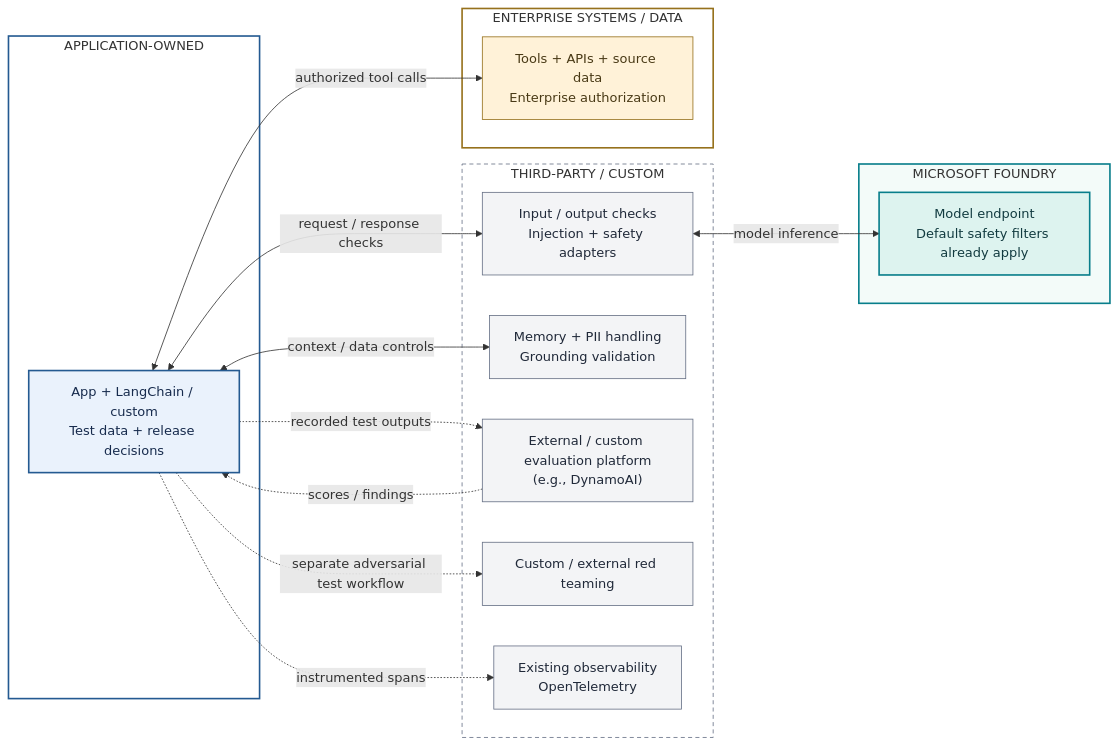
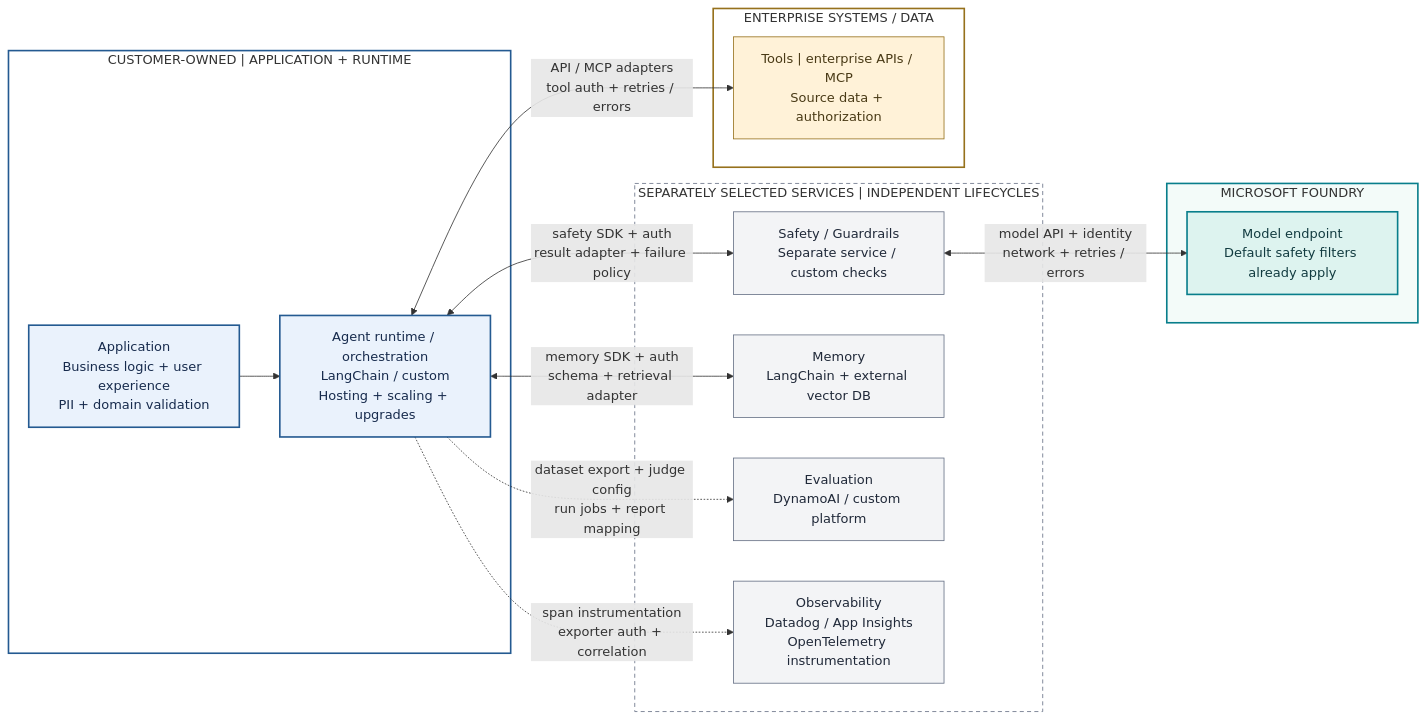
The diagram in docs/architecture/01-model-only.md (ZahraAsadiMSFT/foundry-beyond-models), drawn with Mermaid before and after one commit. The commit also changed other lines of this file and 4 other files, not shown here.

Commit message:
Strengthen architecture visuals and add overview image

````diff
--- a/docs/architecture/01-model-only.md
+++ b/docs/architecture/01-model-only.md
@@ -5,39 +5,38 @@
 ```mermaid
 flowchart LR
-    subgraph APP["APPLICATION-OWNED"]
-        App["App + LangChain / custom<br/>Test data + release decisions"]
+    subgraph APP["CUSTOMER-OWNED | APPLICATION + RUNTIME"]
+        App["Application<br/>Business logic + user experience<br/>PII + domain validation"]
+        Runtime["Agent runtime / orchestration<br/>LangChain / custom<br/>Hosting + scaling + upgrades"]
     end
-    subgraph EXT["THIRD-PARTY / CUSTOM"]
-        Checks["Input / output checks<br/>Injection + safety adapters"]
-        Data["Memory + PII handling<br/>Grounding validation"]
-        Eval["External / custom evaluation platform<br/>(e.g., DynamoAI)"]
-        Red["Custom / external red teaming"]
-        Logs["Existing observability<br/>OpenTelemetry"]
+    subgraph EXT["SEPARATELY SELECTED SERVICES | INDEPENDENT LIFECYCLES"]
+        Checks["Safety / Guardrails<br/>Separate service / custom checks"]
+        Data["Memory<br/>LangChain + external vector DB"]
+        Eval["Evaluation<br/>DynamoAI / custom platform"]
+        Logs["Observability<br/>Datadog / App Insights<br/>OpenTelemetry instrumentation"]
     end
     subgraph FOUNDRY["MICROSOFT FOUNDRY"]
         Model["Model endpoint<br/>Default safety filters already apply"]
     end
     subgraph ENT["ENTERPRISE SYSTEMS / DATA"]
-        Tools["Tools + APIs + source data<br/>Enterprise authorization"]
+        Tools["Tools | enterprise APIs / MCP<br/>Source data + authorization"]
     end
-    App <-->|"request / response checks"| Checks
-    Checks <-->|"model inference"| Model
-    App <-->|"context / data controls"| Data
-    App <-->|"authorized tool calls"| Tools
-    App -.->|"recorded test outputs"| Eval
-    Eval -.->|"scores / findings"| App
-    App -.->|"instrumented spans"| Logs
-    App -.->|"separate adversarial test workflow"| Red
+    App --> Runtime
+    Runtime <-->|"safety SDK + auth<br/>result adapter + failure policy"| Checks
+    Checks <-->|"model API + identity<br/>network + retries / errors"| Model
+    Runtime <-->|"memory SDK + auth<br/>schema + retrieval adapter"| Data
+    Runtime <-->|"API / MCP adapters<br/>tool auth + retries / errors"| Tools
+    Runtime -.->|"dataset export + judge config<br/>run jobs + report mapping"| Eval
+    Runtime -.->|"span instrumentation<br/>exporter auth + correlation"| Logs
     classDef app fill:#EAF2FC,stroke:#245A91,color:#172B4D,stroke-width:2px
     classDef external fill:#F3F4F6,stroke:#667085,color:#202939
     classDef foundry fill:#DDF3EF,stroke:#087E8B,color:#123B40,stroke-width:2px
     classDef enterprise fill:#FFF2D8,stroke:#96711C,color:#493A16
-    class App app
-    class Checks,Data,Eval,Logs,Red external
+    class App,Runtime app
+    class Checks,Data,Eval,Logs external
     class Model foundry
     class Tools enterprise
     style APP fill:#FFFFFF,stroke:#245A91,stroke-width:2px
     style EXT fill:#FFFFFF,stroke:#667085,stroke-dasharray:5 4
     style FOUNDRY fill:#F3FBF9,stroke:#087E8B,stroke-width:2px
     style ENT fill:#FFFFFF,stroke:#96711C,stroke-width:2px
 ```
````
